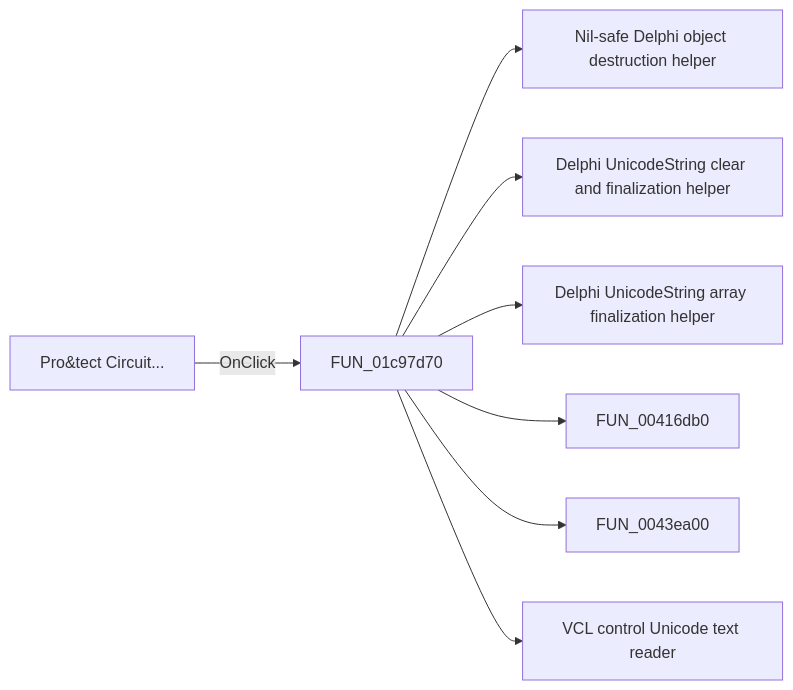
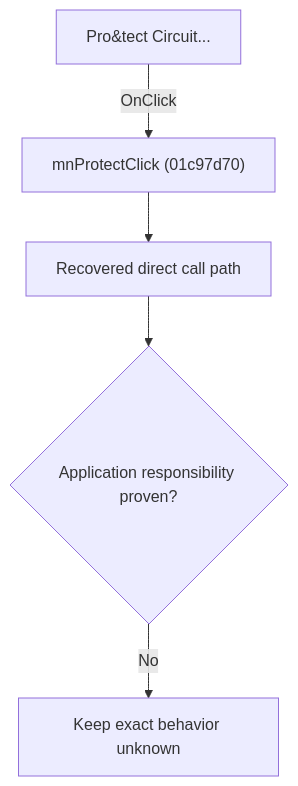
One commit to MovGP0/TIARA changed the diagram in docs/ui-controls/schematiceditor/mnprotect-1efd2e5178.md. Above: the diagram before and after it, drawn with Mermaid. The commit also changed other lines of this file and 1062 other files, not shown here.

````diff
--- a/docs/ui-controls/schematiceditor/mnprotect-1efd2e5178.md
+++ b/docs/ui-controls/schematiceditor/mnprotect-1efd2e5178.md
@@ -27,10 +27,7 @@
 ```mermaid
-flowchart LR
-    control["Pro&tect Circuit..."] -->|OnClick| handler["FUN_01c97d70"]
-    handler --> call1["Nil-safe Delphi object destruction helper"]
-    handler --> call2["Delphi UnicodeString clear and finalization helper"]
-    handler --> call3["Delphi UnicodeString array finalization helper"]
-    handler --> call4["FUN_00416db0"]
-    handler --> call5["FUN_0043ea00"]
-    handler --> call6["VCL control Unicode text reader"]
+flowchart TD
+    control["Pro&tect Circuit..."] -->|"OnClick"| handler["mnProtectClick (01c97d70)"]
+    handler --> recovered["Recovered direct call path"]
+    recovered --> gap{"Application responsibility proven?"}
+    gap -->|"No"| blocked["Keep exact behavior unknown"]
 ```
````
